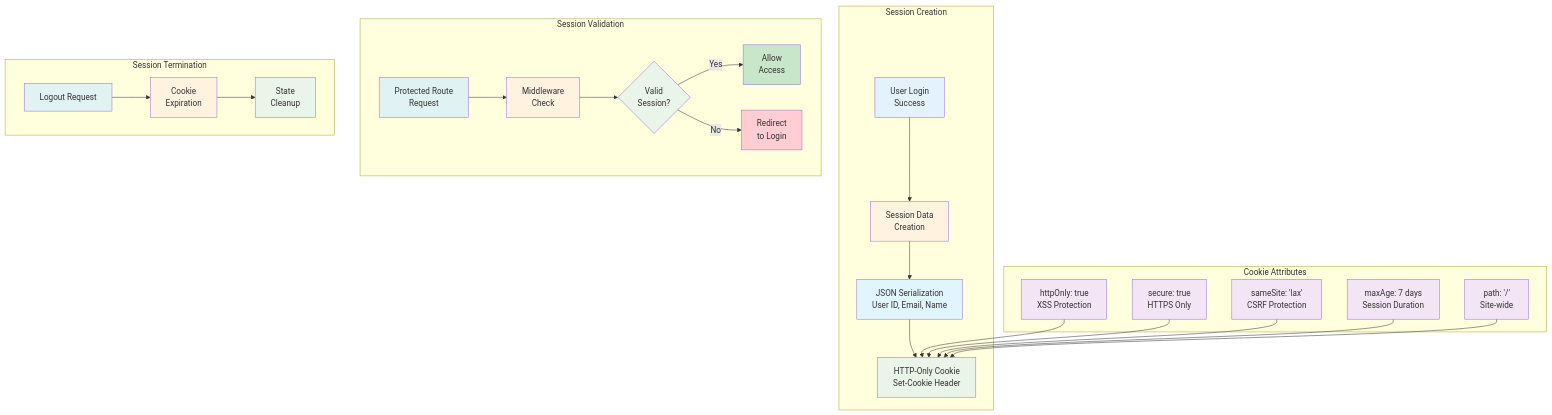
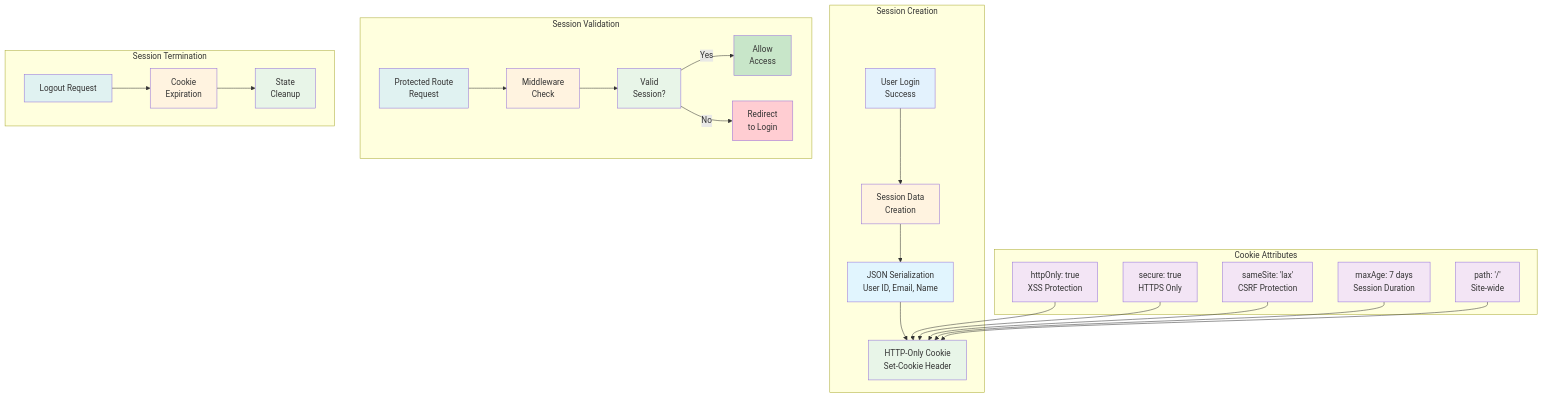
The sixth of 8 diagrams in CARBON_FOOTPRINT_APP.md (Justin322322/Ecotracker), drawn with Mermaid before and after one commit. The commit also changed other lines of this file, not shown here.

First line of the commit message:
fix: Replace all Mermaid diamond nodes with rectangles for GitHub compatibility

````diff
--- a/CARBON_FOOTPRINT_APP.md
+++ b/CARBON_FOOTPRINT_APP.md
@@ -630,46 +630,46 @@
 ```mermaid
 flowchart TD
     subgraph "Session Creation"
         A[User Login<br/>Success] --> B[Session Data<br/>Creation]
         B --> C[JSON Serialization<br/>User ID, Email, Name]
         C --> D[HTTP-Only Cookie<br/>Set-Cookie Header]
     end
 
     subgraph "Cookie Attributes"
         E[httpOnly: true<br/>XSS Protection] --> D
         F[secure: true<br/>HTTPS Only] --> D
         G[sameSite: 'lax'<br/>CSRF Protection] --> D
         H[maxAge: 7 days<br/>Session Duration] --> D
         I[path: '/'<br/>Site-wide] --> D
     end
 
     subgraph "Session Validation"
         J[Protected Route<br/>Request] --> K[Middleware<br/>Check]
-        K --> L{Valid<br/>Session?}
+        K --> L[Valid<br/>Session?]
         L -->|Yes| M[Allow<br/>Access]
         L -->|No| N[Redirect<br/>to Login]
     end
 
     subgraph "Session Termination"
         O[Logout Request] --> P[Cookie<br/>Expiration]
         P --> Q[State<br/>Cleanup]
     end
 
     style A fill:#e3f2fd
     style B fill:#fff3e0
     style C fill:#e1f5fe
     style D fill:#e8f5e8
     style E fill:#f3e5f5
     style F fill:#f3e5f5
     style G fill:#f3e5f5
     style H fill:#f3e5f5
     style I fill:#f3e5f5
     style J fill:#e0f2f1
     style K fill:#fff3e0
     style L fill:#e8f5e8
     style M fill:#c8e6c9
     style N fill:#ffcdd2
     style O fill:#e0f2f1
     style P fill:#fff3e0
     style Q fill:#e8f5e8
 ```
````
